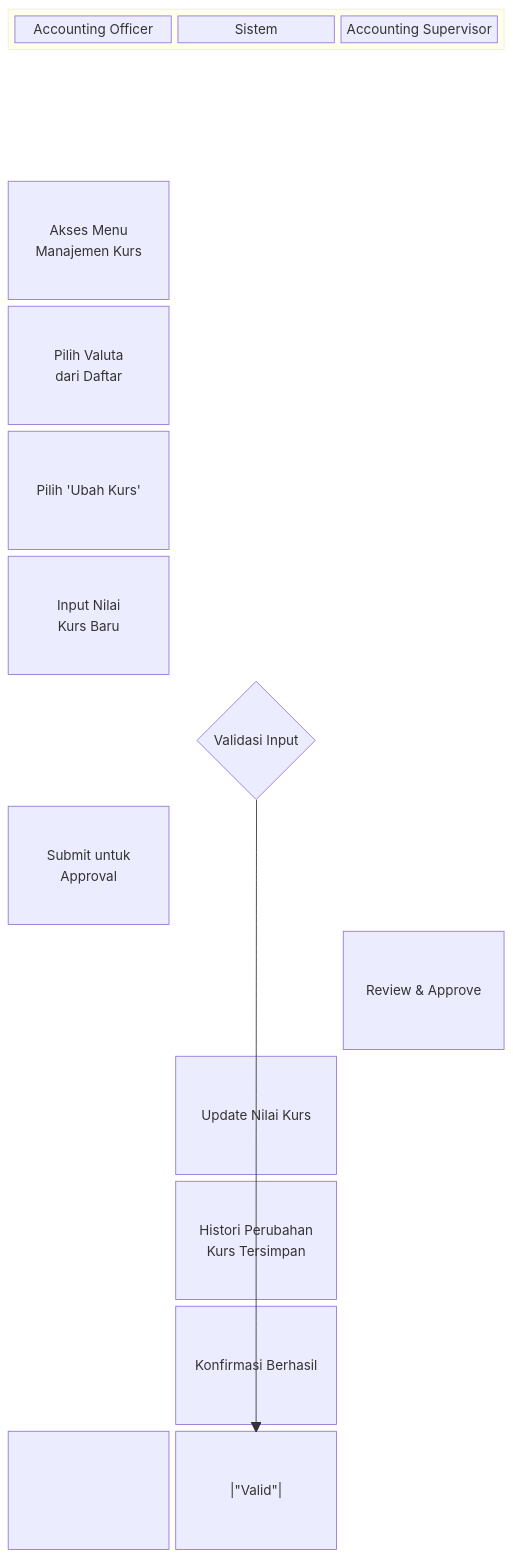
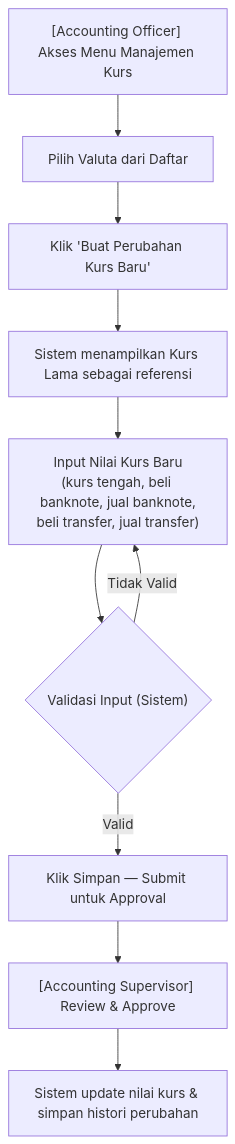
Before and after one commit to wisnu/ibank-docs: the third of 9 diagrams in docs/bcas/saku_valas/fsd_sakuvalas.md, drawn with Mermaid. The commit also changed other lines of this file, not shown here.

Commit message:
docs: update terminology from "iBank" to "CBS" and enhance integration details in FSD Saku Valas

````diff
--- a/docs/bcas/saku_valas/fsd_sakuvalas.md
+++ b/docs/bcas/saku_valas/fsd_sakuvalas.md
@@ -280,22 +281,12 @@
 ```mermaid
-block-beta
-    columns 3
-    space:3
-    block:header:3
-        col1["Accounting Officer"] col2["Sistem"] col3["Accounting Supervisor"]
-    end
-    space:3
-    A["Akses Menu\nManajemen Kurs"]:1 space:2
-    B["Pilih Valuta\ndari Daftar"]:1 space:2
-    C["Pilih 'Ubah Kurs'"]:1 space:2
-    D["Input Nilai\nKurs Baru"]:1 space:2
-    space:1 E{"Validasi Input"}:1 space:1
-    F["Submit untuk\nApproval"]:1 space:2
-    space:2 G["Review & Approve"]:1
-    space:1 H["Update Nilai Kurs"]:1 space:1
-    space:1 I["Histori Perubahan\nKurs Tersimpan"]:1 space:1
-    space:1 J["Konfirmasi Berhasil"]:1 space:1
-
-    A --> B --> C --> D --> E
-    E -->|"Valid"| F --> G --> H --> I --> J
+flowchart TD
+    A["[Accounting Officer] Akses Menu Manajemen Kurs"] --> B["Pilih Valuta dari Daftar"]
+    B --> C["Klik 'Buat Perubahan Kurs Baru'"]
+    C --> D["Sistem menampilkan Kurs Lama sebagai referensi"]
+    D --> E["Input Nilai Kurs Baru\n(kurs tengah, beli banknote, jual banknote,\nbeli transfer, jual transfer)"]
+    E --> F{"Validasi Input (Sistem)"}
+    F -->|Valid| G["Klik Simpan — Submit untuk Approval"]
+    G --> H["[Accounting Supervisor] Review & Approve"]
+    H --> I["Sistem update nilai kurs & simpan histori perubahan"]
+    F -->|Tidak Valid| E
 ```
````
